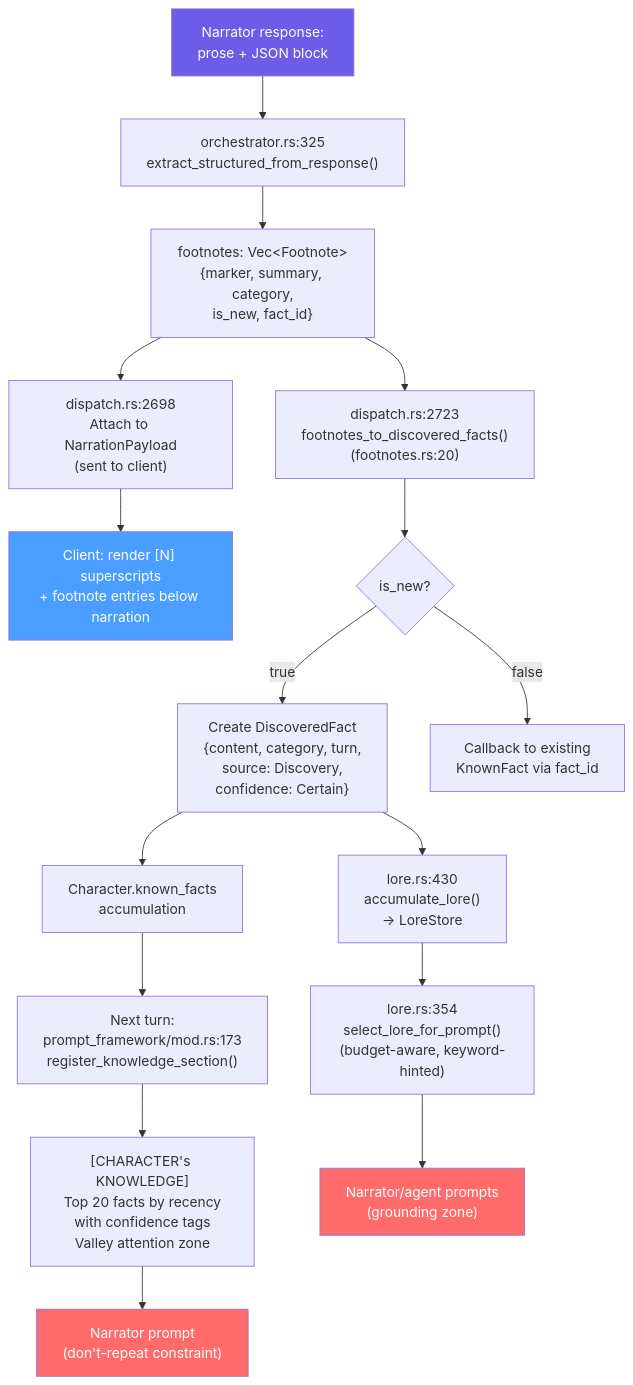
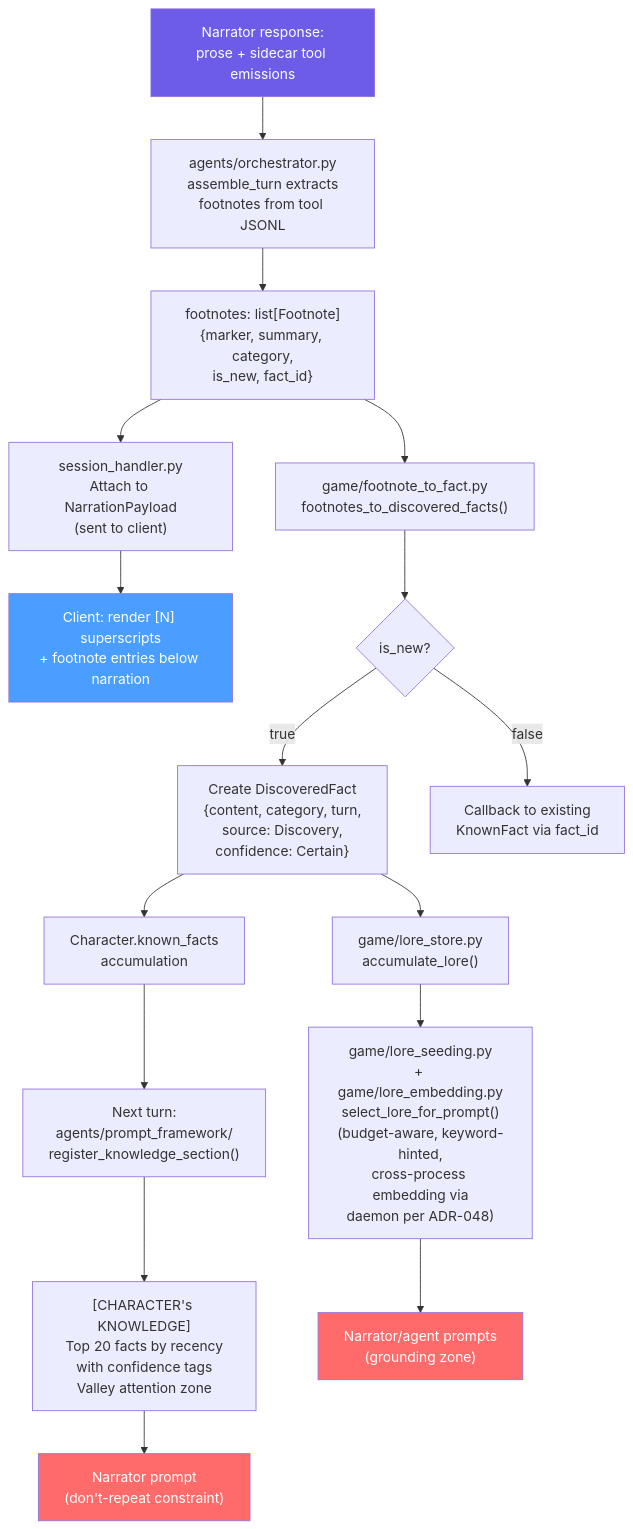
One commit to slabgorb/sidequest changed the ninth of 15 diagrams in docs/wiring-diagrams.md. Above: the diagram before and after it, drawn with Mermaid. The commit also changed other lines of this file and 4 other files, not shown here.

````diff
--- a/docs/wiring-diagrams.md
+++ b/docs/wiring-diagrams.md
@@ -507,27 +534,27 @@
 ```mermaid
 flowchart TD
-    A["Narrator response:<br/>prose + JSON block"] --> B["orchestrator.rs:325<br/>extract_structured_from_response()"]
-    B --> C["footnotes: Vec&lt;Footnote&gt;<br/>{marker, summary, category,<br/>is_new, fact_id}"]
+    A["Narrator response:<br/>prose + sidecar tool emissions"] --> B["agents/orchestrator.py<br/>assemble_turn extracts<br/>footnotes from tool JSONL"]
+    B --> C["footnotes: list[Footnote]<br/>{marker, summary, category,<br/>is_new, fact_id}"]
 
-    C --> D["dispatch.rs:2698<br/>Attach to NarrationPayload<br/>(sent to client)"]
+    C --> D["session_handler.py<br/>Attach to NarrationPayload<br/>(sent to client)"]
     D --> E["Client: render [N] superscripts<br/>+ footnote entries below narration"]
 
-    C --> F["dispatch.rs:2723<br/>footnotes_to_discovered_facts()<br/>(footnotes.rs:20)"]
+    C --> F["game/footnote_to_fact.py<br/>footnotes_to_discovered_facts()"]
     F --> G{"is_new?"}
     G -->|"true"| H["Create DiscoveredFact<br/>{content, category, turn,<br/>source: Discovery,<br/>confidence: Certain}"]
     G -->|"false"| I["Callback to existing<br/>KnownFact via fact_id"]
 
     H --> J["Character.known_facts<br/>accumulation"]
-    J --> K["Next turn:<br/>prompt_framework/mod.rs:173<br/>register_knowledge_section()"]
+    J --> K["Next turn:<br/>agents/prompt_framework/<br/>register_knowledge_section()"]
     K --> L["[CHARACTER's KNOWLEDGE]<br/>Top 20 facts by recency<br/>with confidence tags<br/>Valley attention zone"]
     L --> M["Narrator prompt<br/>(don't-repeat constraint)"]
 
-    H --> N["lore.rs:430<br/>accumulate_lore()<br/>→ LoreStore"]
-    N --> O["lore.rs:354<br/>select_lore_for_prompt()<br/>(budget-aware, keyword-hinted)"]
+    H --> N["game/lore_store.py<br/>accumulate_lore()"]
+    N --> O["game/lore_seeding.py<br/>+ game/lore_embedding.py<br/>select_lore_for_prompt()<br/>(budget-aware, keyword-hinted,<br/>cross-process embedding via<br/>daemon per ADR-048)"]
     O --> P["Narrator/agent prompts<br/>(grounding zone)"]
 
     style A fill:#6c5ce7,color:#fff
     style E fill:#4a9eff,color:#fff
     style M fill:#ff6b6b,color:#fff
     style P fill:#ff6b6b,color:#fff
 ```
````
